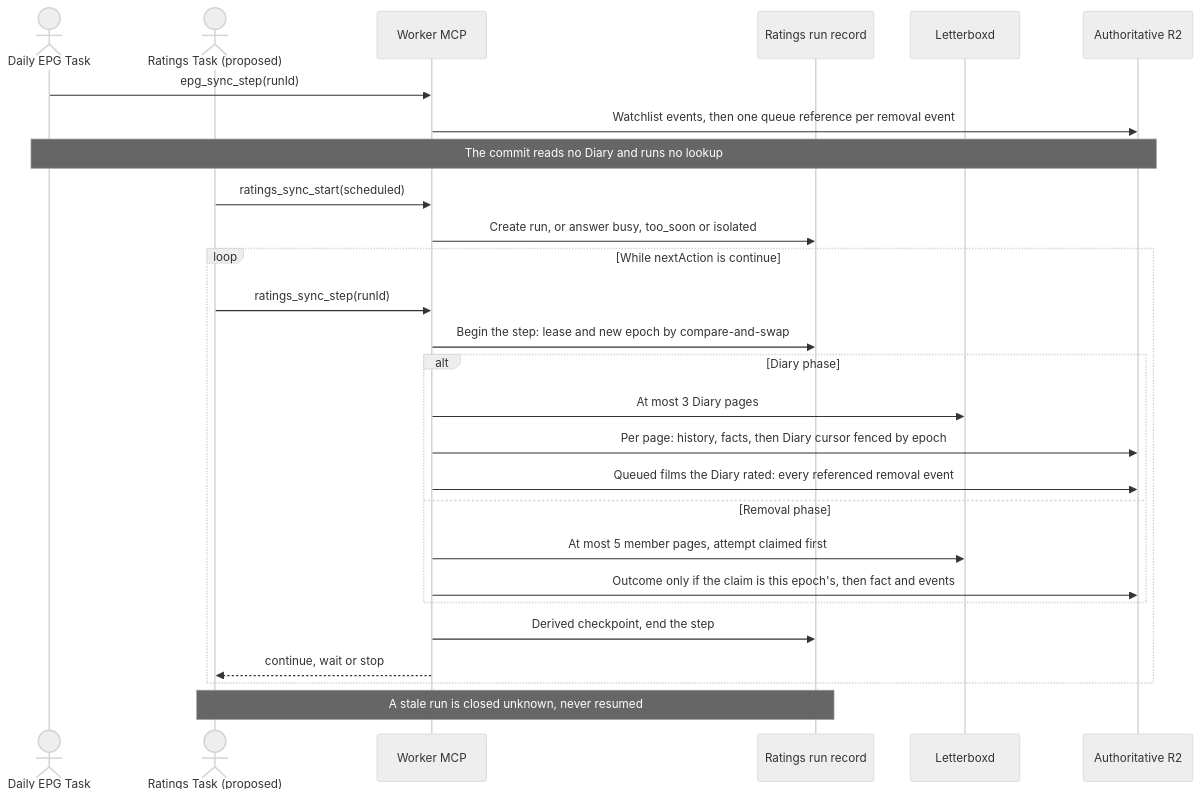
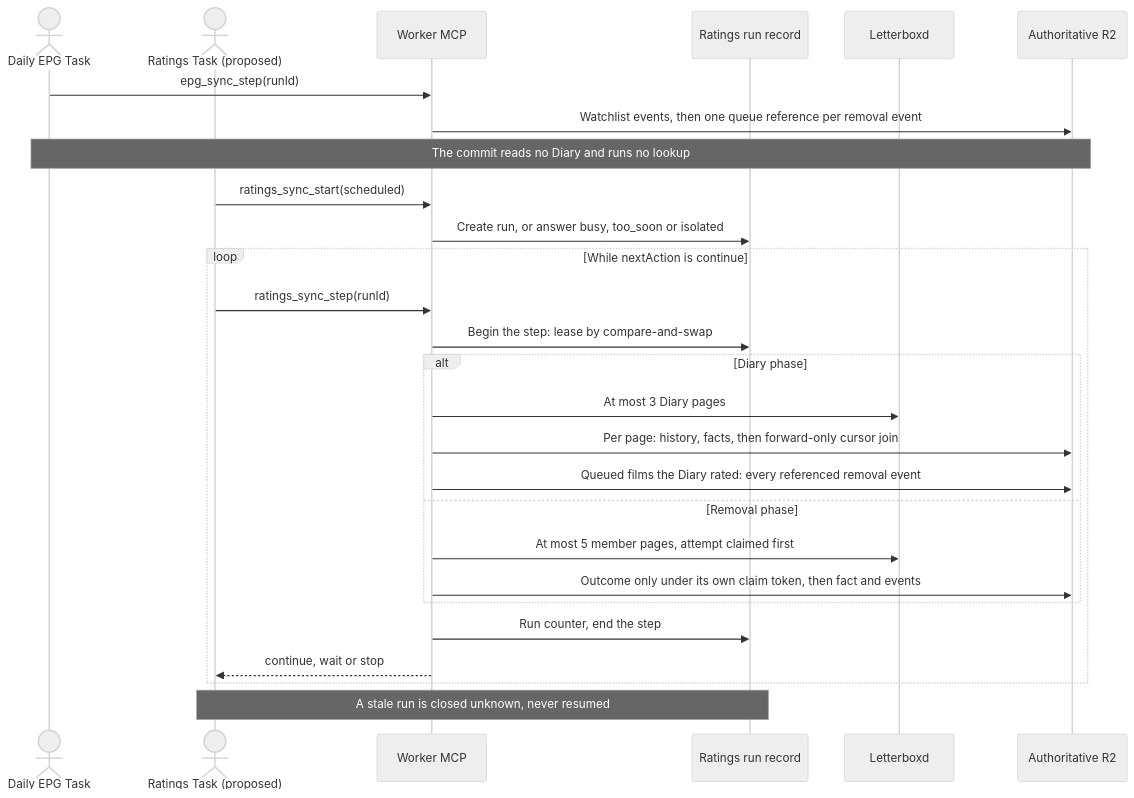
Before and after one commit to vladimino/iptv-watchlist: the second of 3 diagrams in docs/architecture/scheduling-and-orchestration.md, drawn with Mermaid (neutral theme). The commit also changed other lines of this file, not shown here.

Commit message:
AIR-296: show the forward-only cursor join and claim tokens in the proposed ratings diagram

````diff
--- a/docs/architecture/scheduling-and-orchestration.md
+++ b/docs/architecture/scheduling-and-orchestration.md
@@ -105,29 +105,29 @@
 ```mermaid
 sequenceDiagram
     actor Daily as Daily EPG Task
     actor Ratings as Ratings Task (proposed)
     participant MCP as Worker MCP
     participant Run as Ratings run record
     participant LB as Letterboxd
     participant R2 as Authoritative R2
     Daily->>MCP: epg_sync_step(runId)
     MCP->>R2: Watchlist events, then one queue reference per removal event
     Note over Daily,R2: The commit reads no Diary and runs no lookup
     Ratings->>MCP: ratings_sync_start(scheduled)
     MCP->>Run: Create run, or answer busy, too_soon or isolated
     loop While nextAction is continue
         Ratings->>MCP: ratings_sync_step(runId)
-        MCP->>Run: Begin the step: lease and new epoch by compare-and-swap
+        MCP->>Run: Begin the step: lease by compare-and-swap
         alt Diary phase
             MCP->>LB: At most 3 Diary pages
-            MCP->>R2: Per page: history, facts, then Diary cursor fenced by epoch
+            MCP->>R2: Per page: history, facts, then forward-only cursor join
             MCP->>R2: Queued films the Diary rated: every referenced removal event
         else Removal phase
             MCP->>LB: At most 5 member pages, attempt claimed first
-            MCP->>R2: Outcome only if the claim is this epoch's, then fact and events
+            MCP->>R2: Outcome only under its own claim token, then fact and events
         end
-        MCP->>Run: Derived checkpoint, end the step
+        MCP->>Run: Run counter, end the step
         MCP-->>Ratings: continue, wait or stop
     end
     Note over Ratings,Run: A stale run is closed unknown, never resumed
 ```
````
